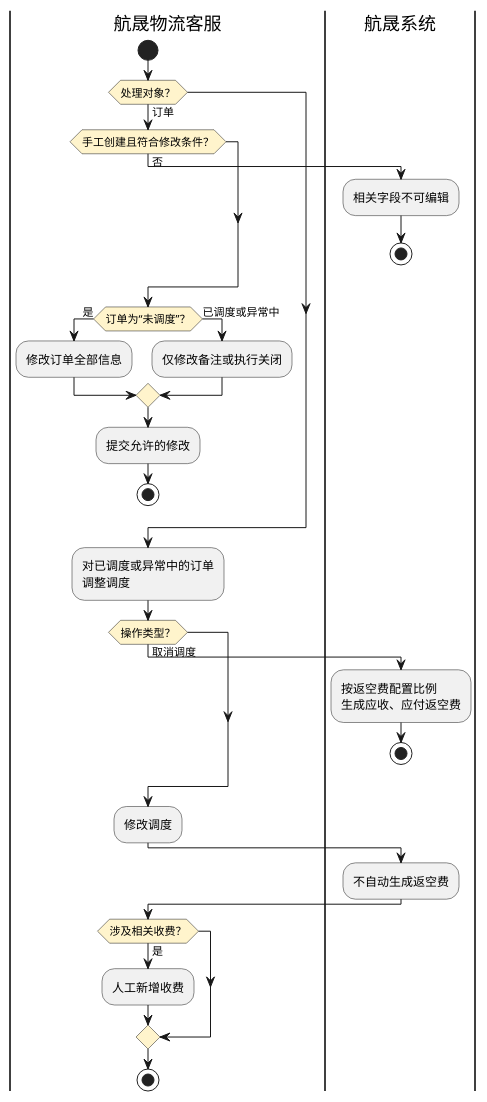
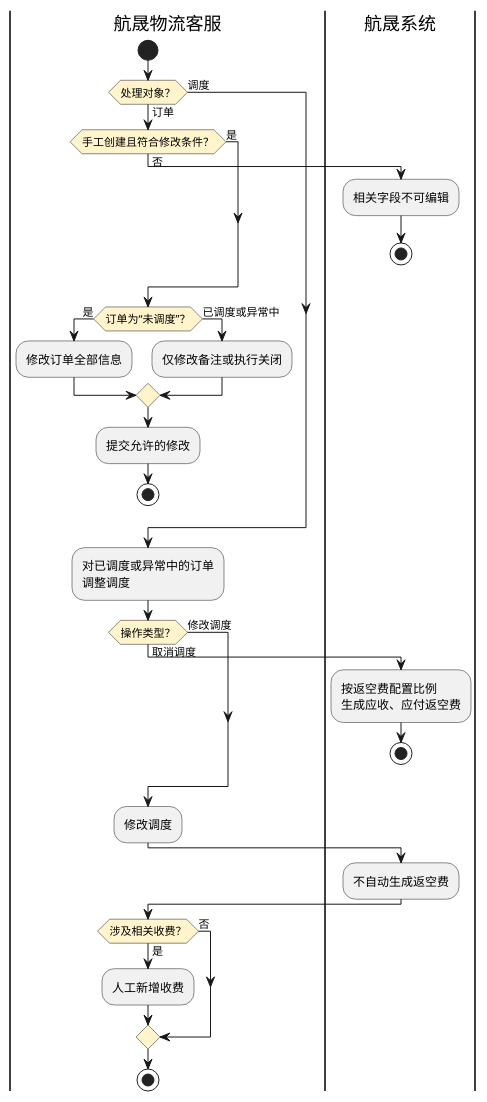
Before and after one commit to jack888332/projects-doc: the second of 3 diagrams in product-caliber/goldjet/segmented-prd/PRD.高捷物流系统一期.第015篇.用车-订单管理.32C78B8106.md, drawn with PlantUML. The commit also changed other lines of this file and 18 other files, not shown here.

Commit message:
优化DSL图细节

````diff
--- a/product-caliber/goldjet/segmented-prd/PRD.高捷物流系统一期.第015篇.用车-订单管理.32C78B8106.md
+++ b/product-caliber/goldjet/segmented-prd/PRD.高捷物流系统一期.第015篇.用车-订单管理.32C78B8106.md
@@ -114,38 +116,42 @@
 ```plantuml
 @startuml goldjet-015-order-dispatch-changes
 skinparam activityDiamondBackgroundColor #FFF4CC
 |航晟物流客服|
 start
 if (处理对象？) then (订单)
   if (手工创建且符合修改条件？) then (否)
     |航晟系统|
     :相关字段不可编辑;
     stop
+  else (是)
   endif
   |航晟物流客服|
   if (订单为“未调度”？) then (是)
     :修改订单全部信息;
   else (已调度或异常中)
     :仅修改备注或执行关闭;
   endif
   :提交允许的修改;
   stop
+else (调度)
 endif
 |航晟物流客服|
 :对已调度或异常中的订单\n调整调度;
 if (操作类型？) then (取消调度)
   |航晟系统|
   :按返空费配置比例\n生成应收、应付返空费;
   stop
+else (修改调度)
 endif
 |航晟物流客服|
 :修改调度;
 |航晟系统|
 :不自动生成返空费;
 |航晟物流客服|
 if (涉及相关收费？) then (是)
   :人工新增收费;
+else (否)
 endif
 stop
 @enduml
 ```
````
